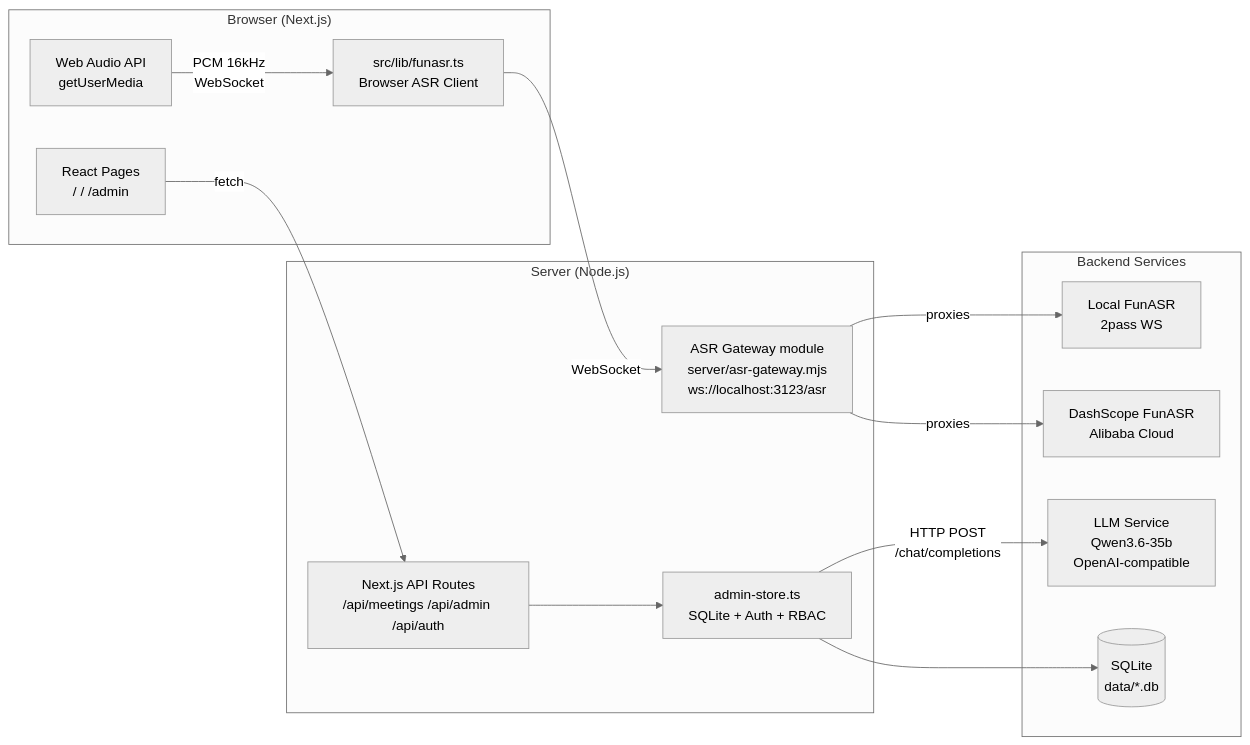
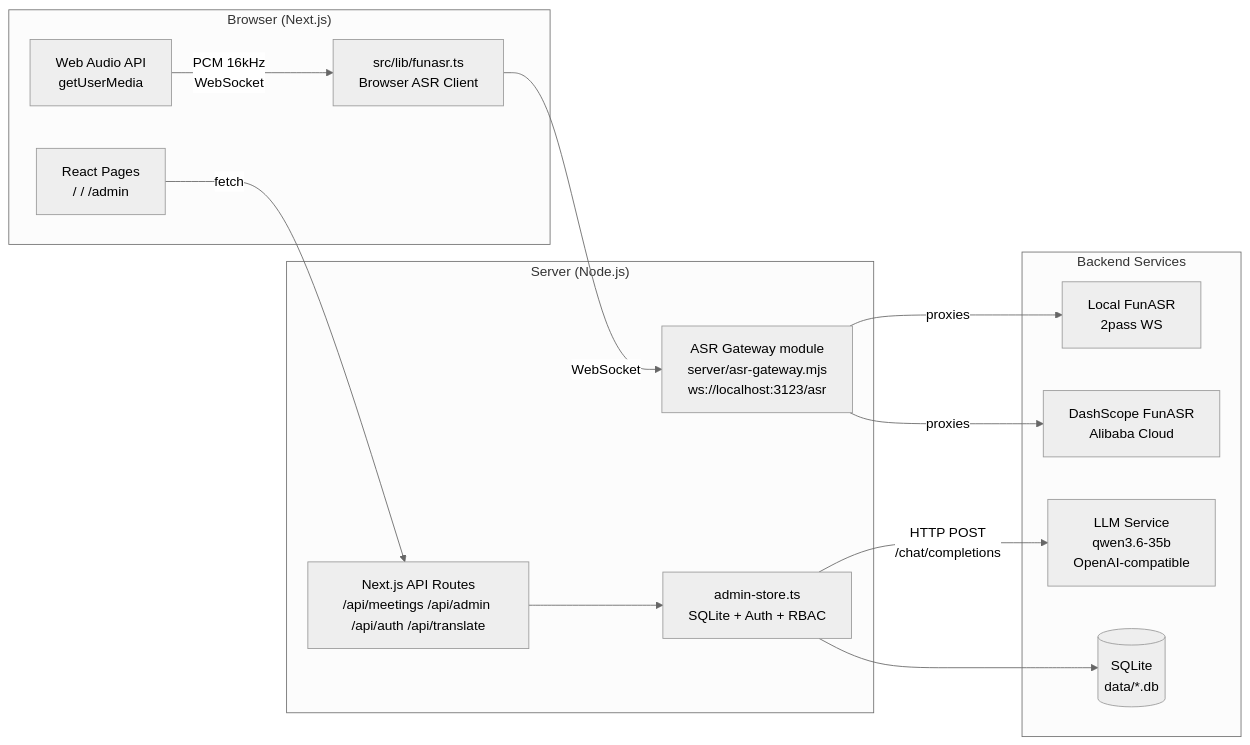
The diagram in README.md (ErixWong/meeting_asr_app), drawn with Mermaid (neutral theme) before and after one commit. The commit also changed other lines of this file and 3 other files, not shown here.

````diff
--- a/README.md
+++ b/README.md
@@ -21,30 +24,30 @@
 ```mermaid
 flowchart LR
     subgraph Browser["Browser (Next.js)"]
         WA["Web Audio API<br/>getUserMedia"]
         FC["src/lib/funasr.ts<br/>Browser ASR Client"]
         UI["React Pages<br/>/ / /admin"]
     end
 
     subgraph Server["Server (Node.js)"]
         GW["ASR Gateway module<br/>server/asr-gateway.mjs<br/>ws://localhost:3123/asr"]
-        API["Next.js API Routes<br/>/api/meetings /api/admin /api/auth"]
+        API["Next.js API Routes<br/>/api/meetings /api/admin /api/auth /api/translate"]
         STORE["admin-store.ts<br/>SQLite + Auth + RBAC"]
     end
 
     subgraph Backend["Backend Services"]
         LFS["Local FunASR<br/>2pass WS"]
         DS["DashScope FunASR<br/>Alibaba Cloud"]
-        LLM["LLM Service<br/>Qwen3.6-35b<br/>OpenAI-compatible"]
+        LLM["LLM Service<br/>qwen3.6-35b<br/>OpenAI-compatible"]
         DB[("SQLite<br/>data/*.db")]
     end
 
     WA -- "PCM 16kHz<br/>WebSocket" --> FC
     FC -- "WebSocket" --> GW
     GW -- "proxies" --> LFS
     GW -- "proxies" --> DS
     UI -- "fetch" --> API
     API --> STORE
     STORE --> DB
     STORE -- "HTTP POST<br/>/chat/completions" --> LLM
 ```
````
